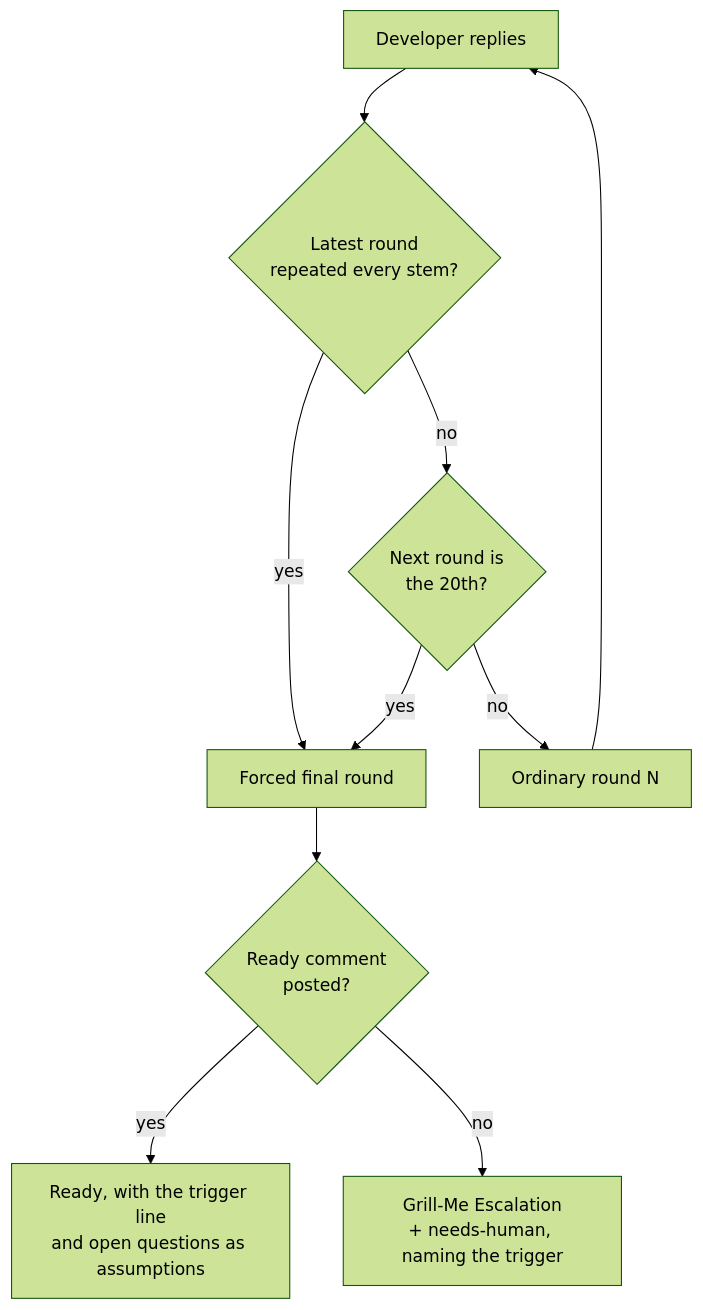
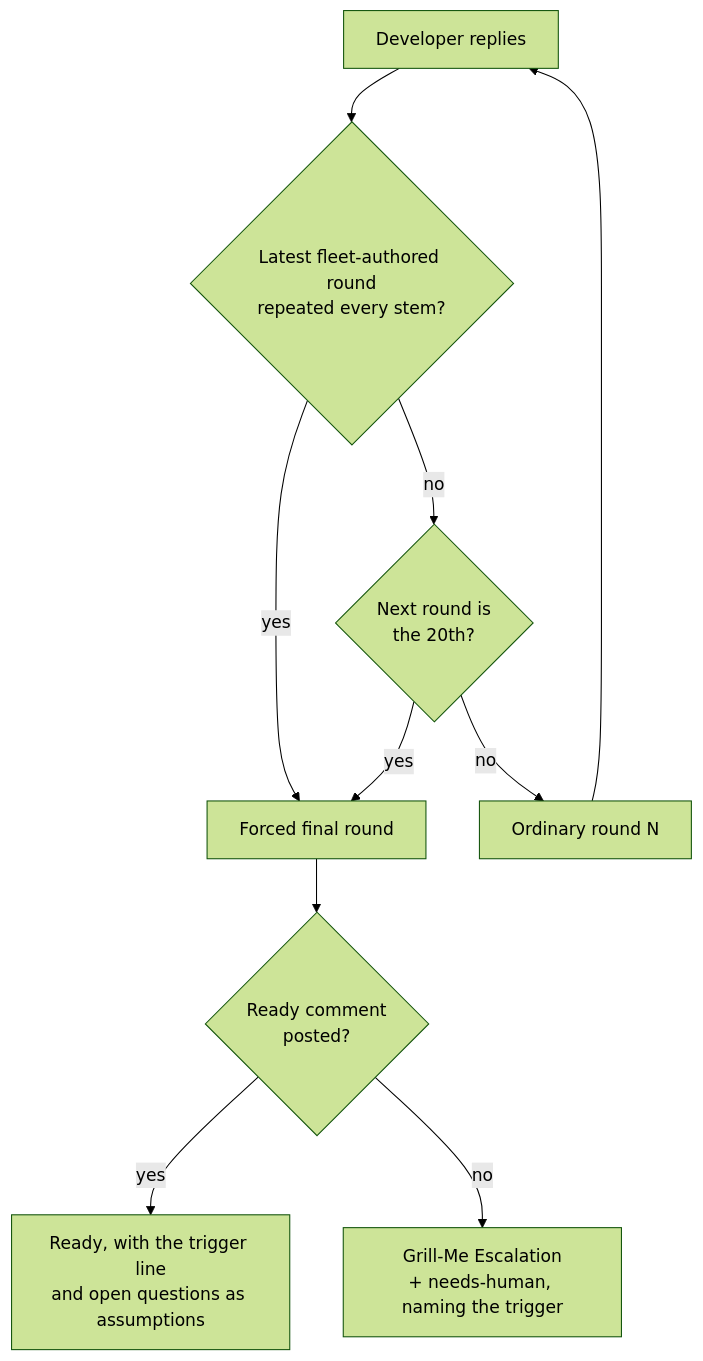
One commit to stSoftwareAU/VibeCoder changed the fourth of 4 diagrams in docs/workflows/grill-me.md. Above: the diagram before and after it, drawn with Mermaid (forest theme). The commit also changed other lines of this file and 5 other files, not shown here.

````diff
--- a/docs/workflows/grill-me.md
+++ b/docs/workflows/grill-me.md
@@ -576,12 +590,12 @@
 ```mermaid
 flowchart TD
-    A[Developer replies] --> B{Latest round<br/>repeated every stem?}
+    A[Developer replies] --> B{Latest fleet-authored round<br/>repeated every stem?}
     B -- yes --> F[Forced final round]
     B -- no --> C{Next round is<br/>the 20th?}
     C -- yes --> F
     C -- no --> D[Ordinary round N]
     D --> A
     F --> G{Ready comment<br/>posted?}
     G -- yes --> H[Ready, with the trigger line<br/>and open questions as assumptions]
     G -- no --> I[Grill-Me Escalation<br/>+ needs-human, naming the trigger]
 ```
````
